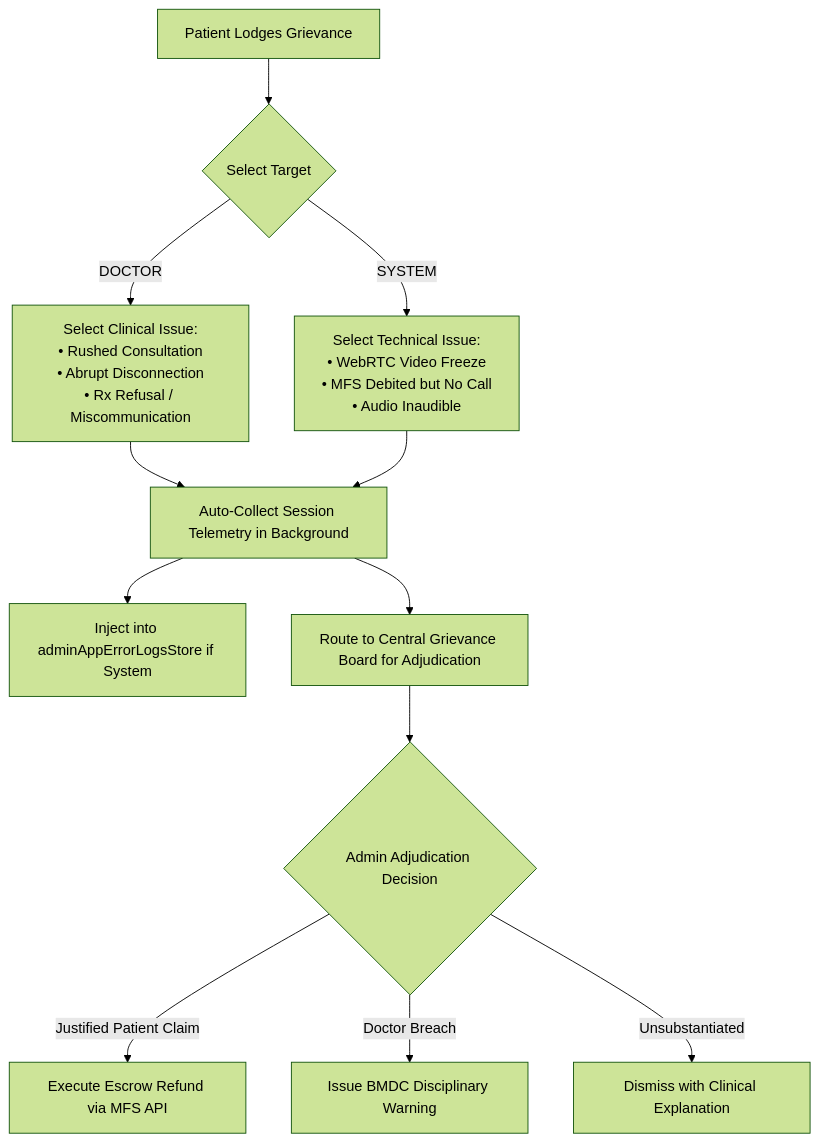
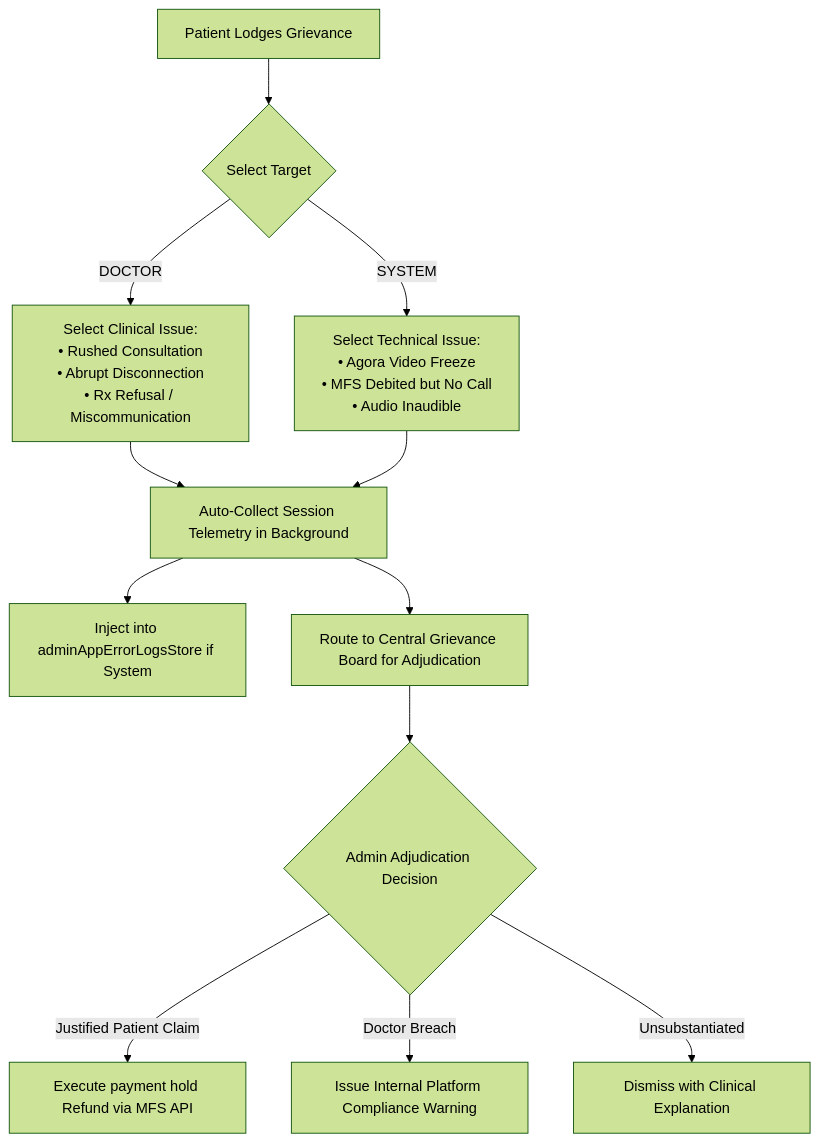
One commit to MeherabHS/hellodoctor changed the third of 4 diagrams in BUSINESS_LOGIC.md. Above: the diagram before and after it, drawn with Mermaid (forest theme). The commit also changed other lines of this file and 42 other files, not shown here.

````diff
--- a/BUSINESS_LOGIC.md
+++ b/BUSINESS_LOGIC.md
@@ -254,14 +254,14 @@
 ```mermaid
 flowchart TD
     A[Patient Lodges Grievance] --> B{Select Target}
     B -- DOCTOR --> C[Select Clinical Issue:<br/>• Rushed Consultation<br/>• Abrupt Disconnection<br/>• Rx Refusal / Miscommunication]
-    B -- SYSTEM --> D[Select Technical Issue:<br/>• WebRTC Video Freeze<br/>• MFS Debited but No Call<br/>• Audio Inaudible]
+    B -- SYSTEM --> D[Select Technical Issue:<br/>• Agora Video Freeze<br/>• MFS Debited but No Call<br/>• Audio Inaudible]
     C --> E[Auto-Collect Session Telemetry in Background]
     D --> E
     E --> F[Inject into adminAppErrorLogsStore if System]
     E --> G[Route to Central Grievance Board for Adjudication]
     G --> H{Admin Adjudication Decision}
-    H -- Justified Patient Claim --> I[Execute Escrow Refund via MFS API]
-    H -- Doctor Breach --> J[Issue BMDC Disciplinary Warning]
+    H -- Justified Patient Claim --> I[Execute payment hold Refund via MFS API]
+    H -- Doctor Breach --> J[Issue Internal Platform Compliance Warning]
     H -- Unsubstantiated --> K[Dismiss with Clinical Explanation]
 ```
````
